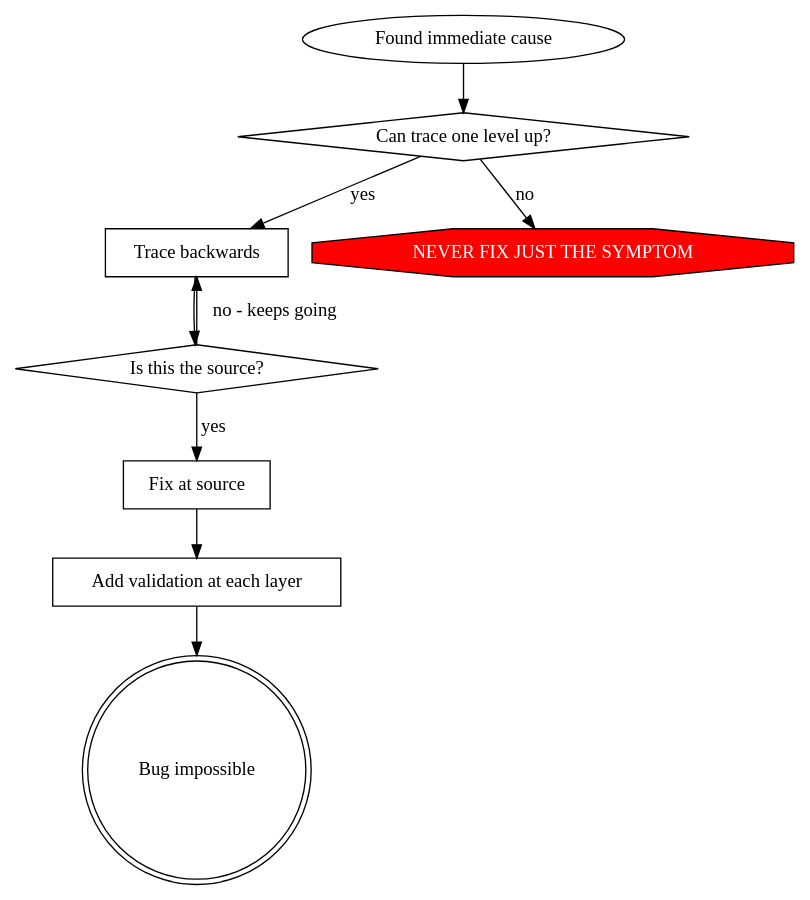
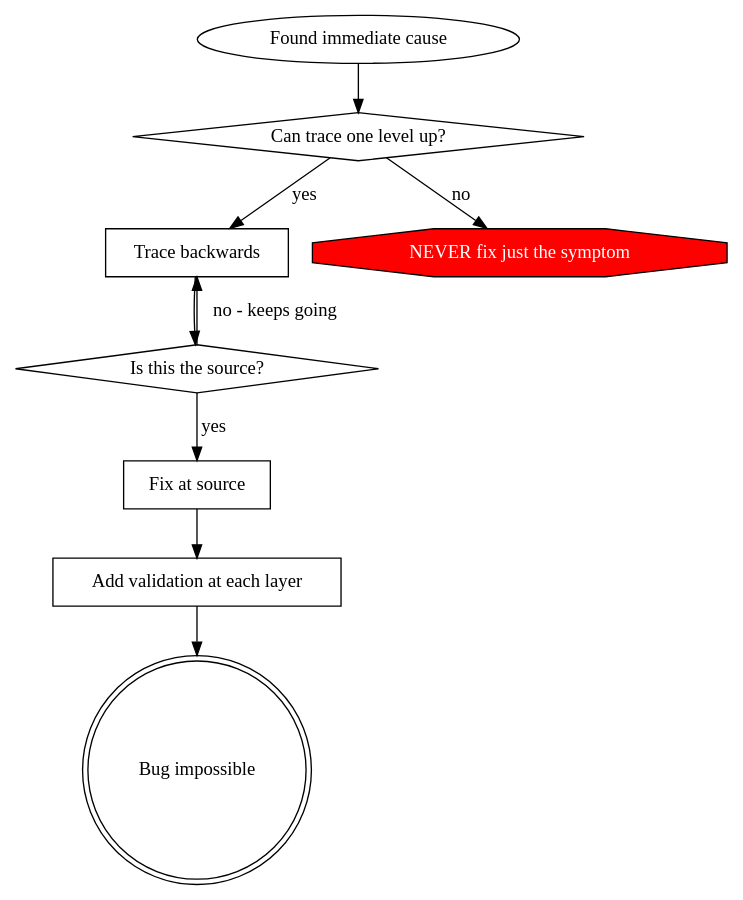
Before and after one commit to zhliner/aiTips: the second of 2 diagrams in superpowers/skills/systematic-debugging/root-cause-tracing.md, drawn with Graphviz. The commit also changed other lines of this file and 60 other files, not shown here.

````diff
--- a/superpowers/skills/systematic-debugging/root-cause-tracing.md
+++ b/superpowers/skills/systematic-debugging/root-cause-tracing.md
@@ -132,21 +132,21 @@
 ```dot
 digraph principle {
     "Found immediate cause" [shape=ellipse];
     "Can trace one level up?" [shape=diamond];
     "Trace backwards" [shape=box];
     "Is this the source?" [shape=diamond];
     "Fix at source" [shape=box];
     "Add validation at each layer" [shape=box];
     "Bug impossible" [shape=doublecircle];
-    "NEVER FIX JUST THE SYMPTOM" [shape=octagon, style=filled, fillcolor=red, fontcolor=white];
+    "NEVER fix just the symptom" [shape=octagon, style=filled, fillcolor=red, fontcolor=white];
 
     "Found immediate cause" -> "Can trace one level up?";
     "Can trace one level up?" -> "Trace backwards" [label="yes"];
-    "Can trace one level up?" -> "NEVER FIX JUST THE SYMPTOM" [label="no"];
+    "Can trace one level up?" -> "NEVER fix just the symptom" [label="no"];
     "Trace backwards" -> "Is this the source?";
     "Is this the source?" -> "Trace backwards" [label="no - keeps going"];
     "Is this the source?" -> "Fix at source" [label="yes"];
     "Fix at source" -> "Add validation at each layer";
     "Add validation at each layer" -> "Bug impossible";
 }
 ```
````
